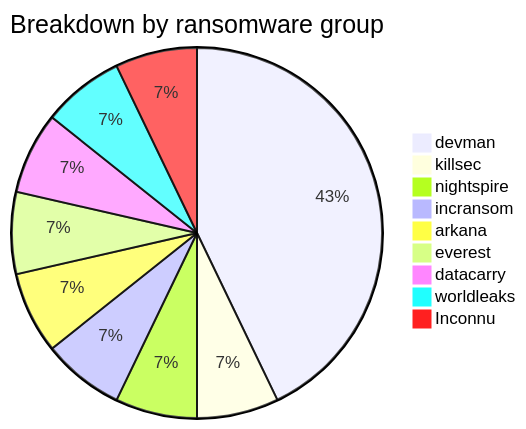
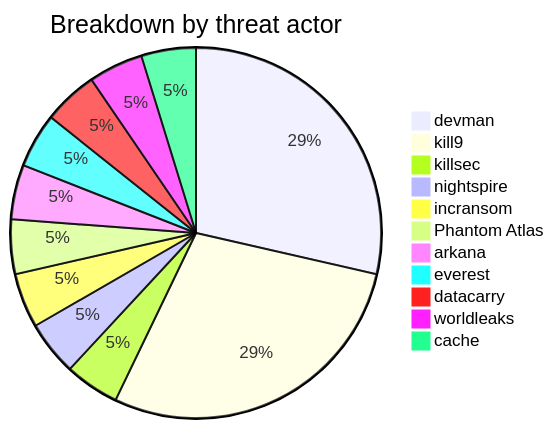
One commit to Hatchepsoute/AFRINTEL changed the first of 4 diagrams in CyberAttackAfrica/2025/05-may/README.md. Above: the diagram before and after it, drawn with Mermaid. The commit also changed other lines of this file and 255 other files, not shown here.

````diff
--- a/CyberAttackAfrica/2025/05-may/README.md
+++ b/CyberAttackAfrica/2025/05-may/README.md
@@ -32,12 +34,14 @@
 ```mermaid
-pie title Breakdown by ransomware group
+pie title Breakdown by threat actor
     "devman" : 6
+    "kill9" : 6
     "killsec" : 1
     "nightspire" : 1
     "incransom" : 1
+    "Phantom Atlas" : 1
     "arkana" : 1
     "everest" : 1
     "datacarry" : 1
     "worldleaks" : 1
-    "Inconnu" : 1
+    "cache" : 1
 ```
````
